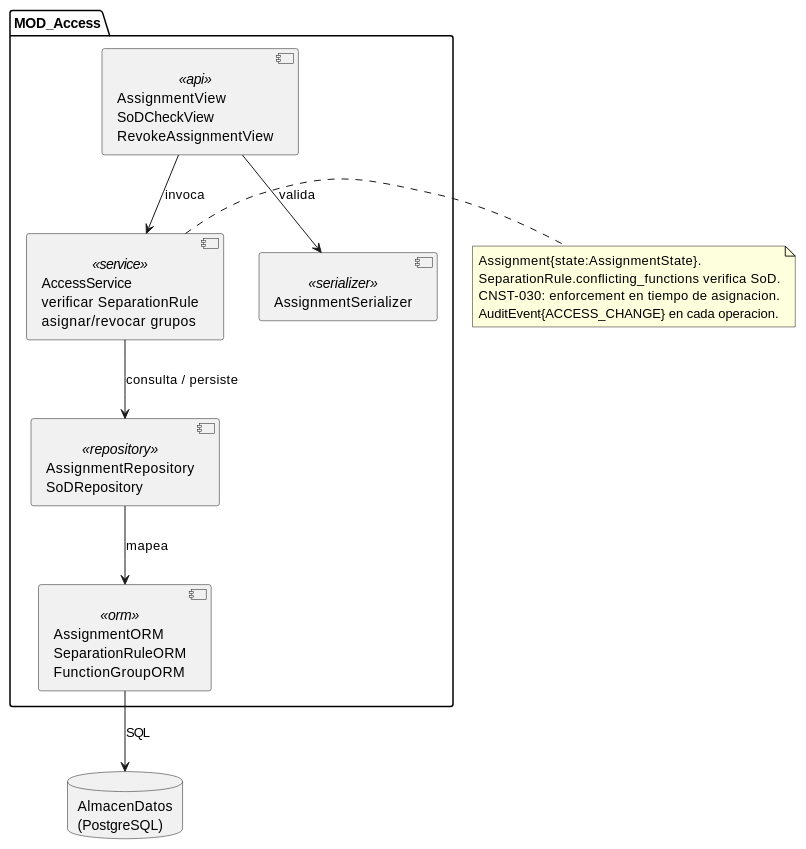
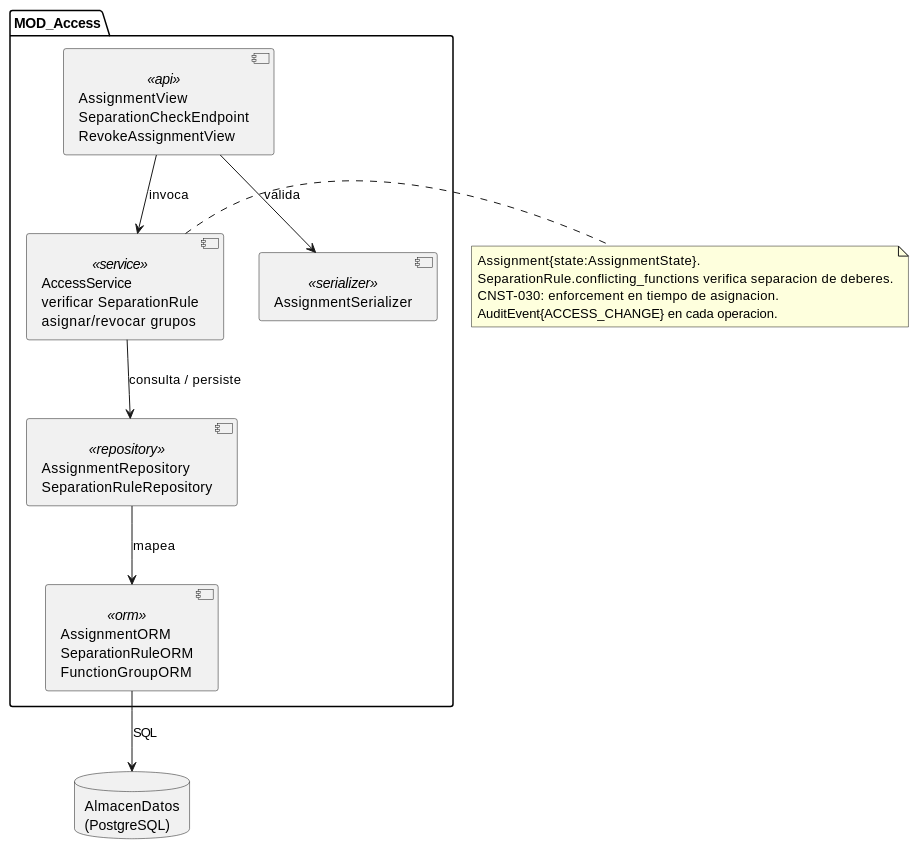
Before and after one commit to jcg-admin/IACT-docs: the diagram in source/arquitectura-tecnica/implementation-view/impl-access.rst, drawn with PlantUML. The commit also changed other lines of this file and 32 other files, not shown here.

```diff
--- a/source/arquitectura-tecnica/implementation-view/impl-access.rst
+++ b/source/arquitectura-tecnica/implementation-view/impl-access.rst
@@ -23,29 +23,29 @@
 .. uml::
- :caption: Implementation View MOD_Access — componentes RBAC con SoD.
+ :caption: Implementation View MOD_Access — componentes RBAC con separacion de deberes.
 
  @startuml
 
  package "MOD_Access" {
-   component "AssignmentView\nSoDCheckView\nRevokeAssignmentView" as AccessView <<api>>
+   component "AssignmentView\nSeparationCheckEndpoint\nRevokeAssignmentView" as AccessView <<api>>
    component "AssignmentSerializer" as AccessSerializer <<serializer>>
    component "AccessService\nverificar SeparationRule\nasignar/revocar grupos" as AccessService <<service>>
-   component "AssignmentRepository\nSoDRepository" as AccessRepo <<repository>>
+   component "AssignmentRepository\nSeparationRuleRepository" as AccessRepo <<repository>>
    component "AssignmentORM\nSeparationRuleORM\nFunctionGroupORM" as AccessORM <<orm>>
  }
 
  database "AlmacenDatos\n(PostgreSQL)" as AlmacenDatos
 
  AccessView --> AccessSerializer : valida
  AccessView --> AccessService : invoca
  AccessService --> AccessRepo : consulta / persiste
  AccessRepo --> AccessORM : mapea
  AccessORM --> AlmacenDatos : SQL
 
  note right of AccessService
    Assignment{state:AssignmentState}.
-   SeparationRule.conflicting_functions verifica SoD.
+   SeparationRule.conflicting_functions verifica separacion de deberes.
    CNST-030: enforcement en tiempo de asignacion.
    AuditEvent{ACCESS_CHANGE} en cada operacion.
  end note
 
  @enduml
```
